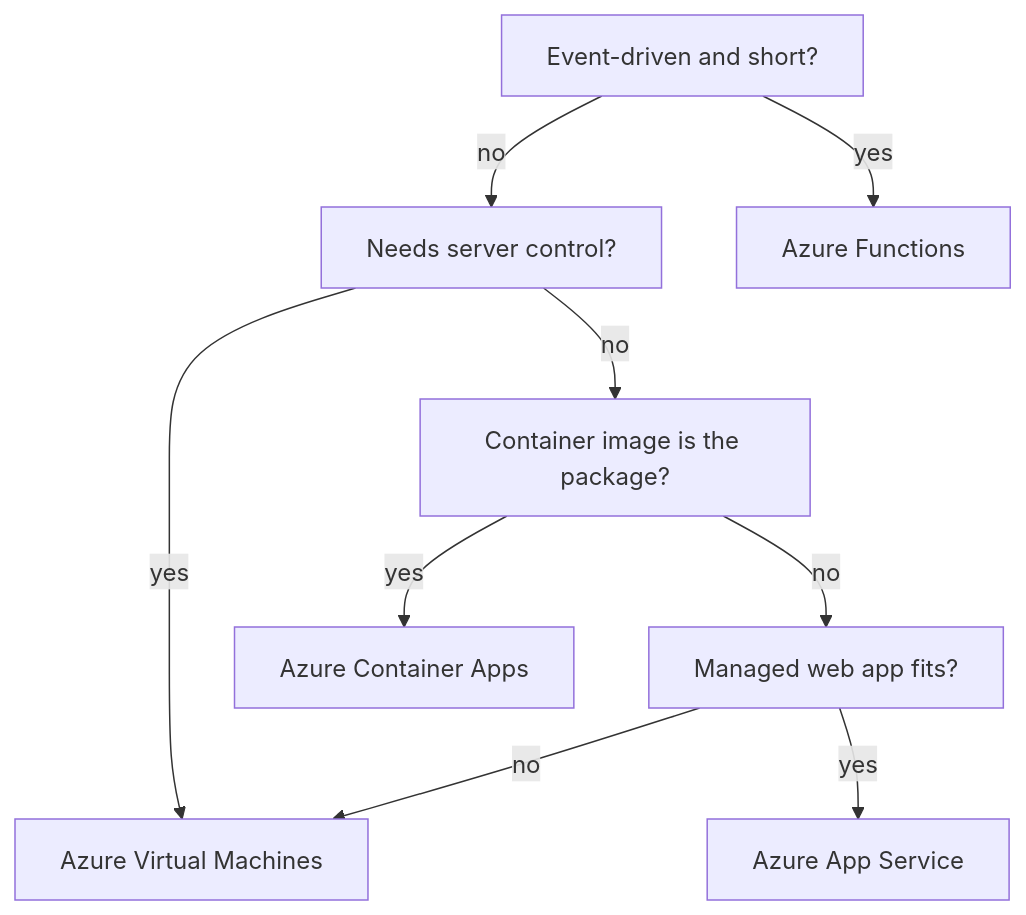
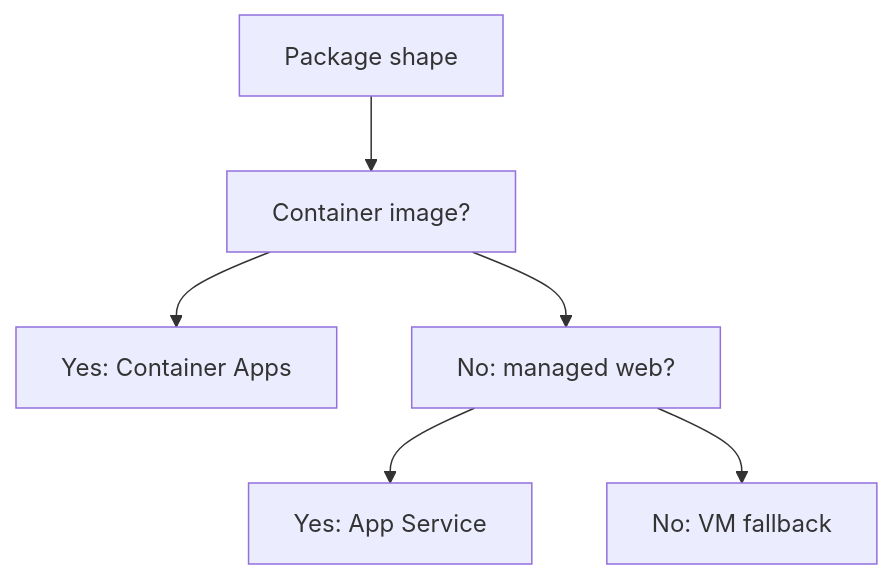
The second of 2 diagrams in cloud-providers/azure/compute-application-hosting/choosing-app-service-container-apps-functions-or-vms.md (senlinyy/dev-roadmaps), drawn with Mermaid before and after one commit. The commit also changed other lines of this file and 141 other files, not shown here.

````diff
--- a/cloud-providers/azure/compute-application-hosting/choosing-app-service-container-apps-functions-or-vms.md
+++ b/cloud-providers/azure/compute-application-hosting/choosing-app-service-container-apps-functions-or-vms.md
@@ -161,20 +170,9 @@
 ```mermaid
 flowchart TD
-    EVENT["Event-driven and short?"]
-    OS["Needs server control?"]
-    CONTAINER["Container image is the package?"]
-    WEB["Managed web app fits?"]
-    FUNCTIONS["Azure Functions"]
-    CONTAINERAPPS["Azure Container Apps"]
-    APPSERVICE["Azure App Service"]
-    VM["Azure Virtual Machines"]
-
-    EVENT -- "yes" --> FUNCTIONS
-    EVENT -- "no" --> OS
-    OS -- "yes" --> VM
-    OS -- "no" --> CONTAINER
-    CONTAINER -- "yes" --> CONTAINERAPPS
-    CONTAINER -- "no" --> WEB
-    WEB -- "yes" --> APPSERVICE
-    WEB -- "no" --> VM
+    PACKAGE["Package shape"]
+    PACKAGE --> CONTAINER["Container image?"]
+    CONTAINER --> CONTAINERAPPS["Yes: Container Apps"]
+    CONTAINER --> WEB["No: managed web?"]
+    WEB --> APPSERVICE["Yes: App Service"]
+    WEB --> VM["No: VM fallback"]
 ```
````
